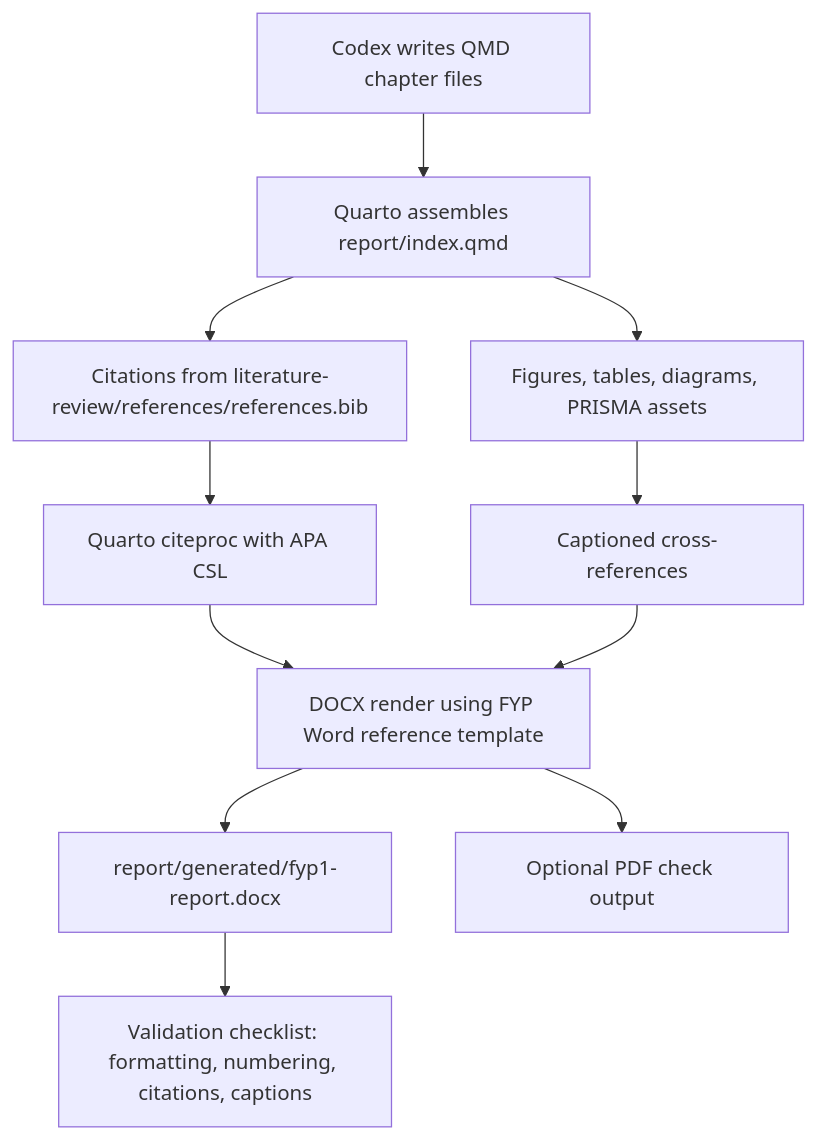
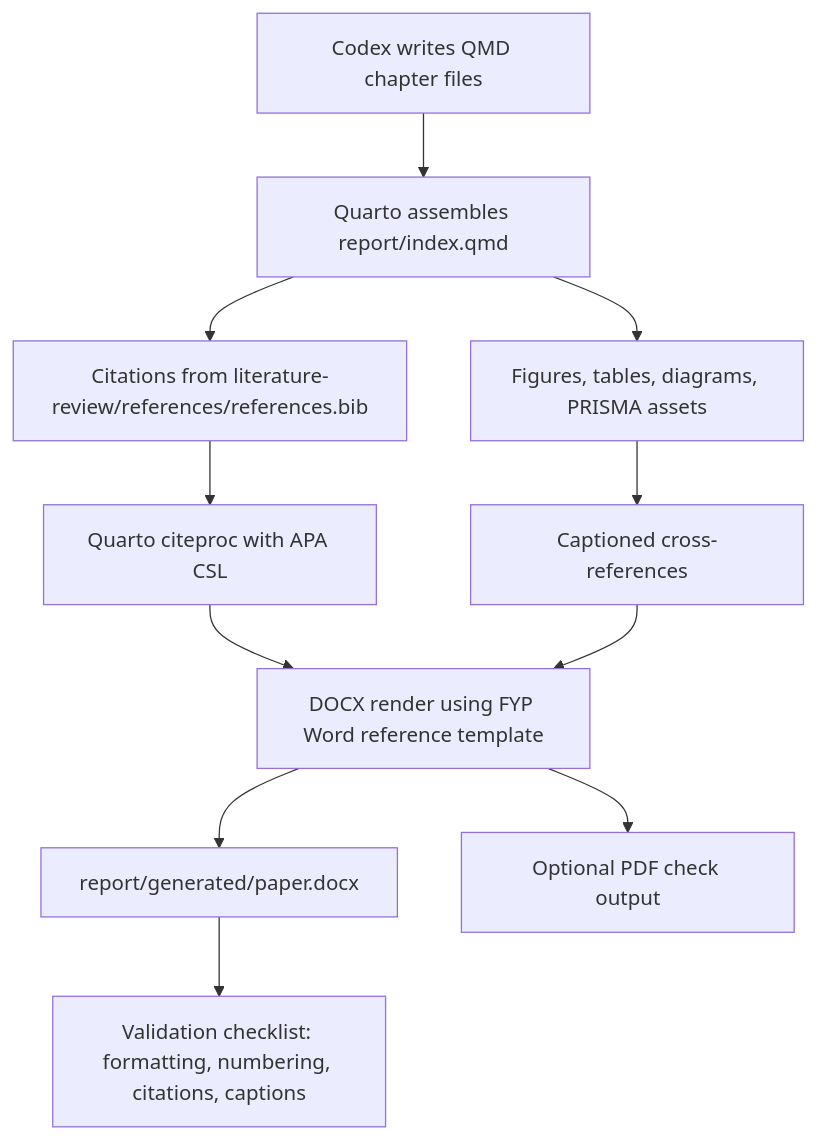
One commit to ASHRAF-2004/fyp-cardiopulmonary-sound-separation-report changed the diagram in resources/tools/report_generation_plan.md. Above: the diagram before and after it, drawn with Mermaid. The commit also changed other lines of this file and 23 other files, not shown here.

````diff
--- a/resources/tools/report_generation_plan.md
+++ b/resources/tools/report_generation_plan.md
@@ -46,13 +71,13 @@
 ```mermaid
 flowchart TD
   A[Codex writes QMD chapter files] --> B[Quarto assembles report/index.qmd]
   B --> C[Citations from literature-review/references/references.bib]
   B --> D[Figures, tables, diagrams, PRISMA assets]
   C --> E[Quarto citeproc with APA CSL]
   D --> F[Captioned cross-references]
   E --> G[DOCX render using FYP Word reference template]
   F --> G
-  G --> H[report/generated/fyp1-report.docx]
+  G --> H[report/generated/paper.docx]
   G --> I[Optional PDF check output]
   H --> J[Validation checklist: formatting, numbering, citations, captions]
 ```
````
